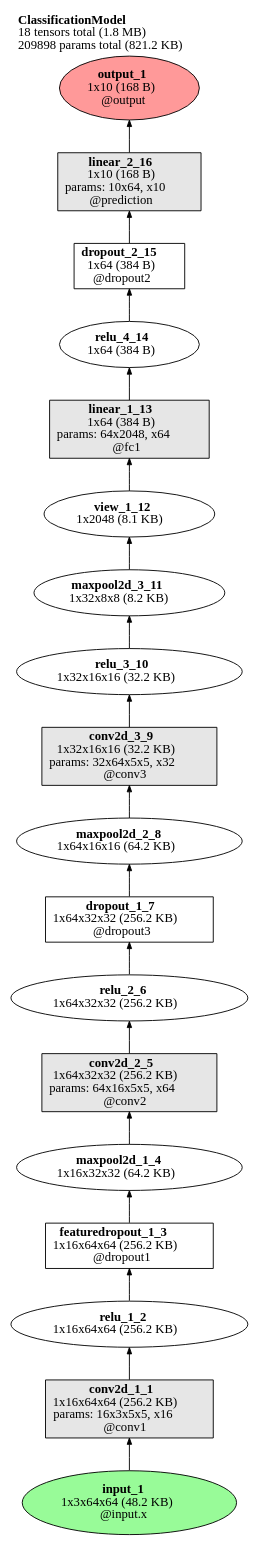
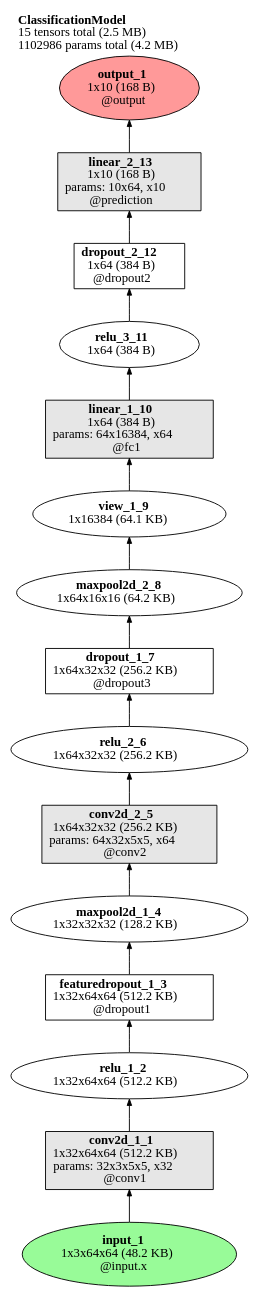
One commit to Cizako/Classification-Game changed the diagram in graph.gv. Above: the diagram before and after it, drawn with Graphviz. The commit also changed 5 other files, not shown here.

```diff
--- a/graph.gv
+++ b/graph.gv
@@ -1,68 +1,59 @@
 // Computational graph for the feedforward sweep
 digraph ClassificationModel {
-	graph [label=<<B>ClassificationModel</B><br align='left'/>18 tensors total (1.8 MB)<br align='left'/>209898 params total (821.2 KB)<br align='left'/>> labeljust=left labelloc=t ordering=out rankdir=BT]
+	graph [label=<<B>ClassificationModel</B><br align='left'/>15 tensors total (2.5 MB)<br align='left'/>1102986 params total (4.2 MB)<br align='left'/>> labeljust=left labelloc=t ordering=out rankdir=BT]
 	node [ordering=out]
 	input_1 [label=<<b>input_1</b><br/>1x3x64x64 (48.2 KB)<br/>@input.x> color=black fillcolor="#98FB98" fontcolor=black ordering=out shape=oval style="filled,solid"]
 	input_1 -> conv2d_1_1 [arrowsize=.7 color=black fontcolor=black labelfontsize=8 style=solid]
-	conv2d_1_1 [label=<<b>conv2d_1_1</b><br/>1x16x64x64 (256.2 KB)<br/>params: 16x3x5x5, x16<br/>@conv1> color=black fillcolor="#E6E6E6" fontcolor=black ordering=out shape=box style="filled,solid"]
+	conv2d_1_1 [label=<<b>conv2d_1_1</b><br/>1x32x64x64 (512.2 KB)<br/>params: 32x3x5x5, x32<br/>@conv1> color=black fillcolor="#E6E6E6" fontcolor=black ordering=out shape=box style="filled,solid"]
 	conv2d_1_1 -> relu_1_2 [arrowsize=.7 color=black fontcolor=black labelfontsize=8 style=solid]
-	relu_1_2 [label=<<b>relu_1_2</b><br/>1x16x64x64 (256.2 KB)> color=black fillcolor=white fontcolor=black ordering=out shape=oval style="filled,solid"]
+	relu_1_2 [label=<<b>relu_1_2</b><br/>1x32x64x64 (512.2 KB)> color=black fillcolor=white fontcolor=black ordering=out shape=oval style="filled,solid"]
 	relu_1_2 -> featuredropout_1_3 [arrowsize=.7 color=black fontcolor=black labelfontsize=8 style=solid]
-	featuredropout_1_3 [label=<<b>featuredropout_1_3</b><br/>1x16x64x64 (256.2 KB)<br/>@dropout1> color=black fillcolor=white fontcolor=black ordering=out shape=box style="filled,solid"]
+	featuredropout_1_3 [label=<<b>featuredropout_1_3</b><br/>1x32x64x64 (512.2 KB)<br/>@dropout1> color=black fillcolor=white fontcolor=black ordering=out shape=box style="filled,solid"]
 	featuredropout_1_3 -> maxpool2d_1_4 [arrowsize=.7 color=black fontcolor=black labelfontsize=8 style=solid]
-	maxpool2d_1_4 [label=<<b>maxpool2d_1_4</b><br/>1x16x32x32 (64.2 KB)> color=black fillcolor=white fontcolor=black ordering=out shape=oval style="filled,solid"]
+	maxpool2d_1_4 [label=<<b>maxpool2d_1_4</b><br/>1x32x32x32 (128.2 KB)> color=black fillcolor=white fontcolor=black ordering=out shape=oval style="filled,solid"]
 	maxpool2d_1_4 -> conv2d_2_5 [arrowsize=.7 color=black fontcolor=black labelfontsize=8 style=solid]
-	conv2d_2_5 [label=<<b>conv2d_2_5</b><br/>1x64x32x32 (256.2 KB)<br/>params: 64x16x5x5, x64<br/>@conv2> color=black fillcolor="#E6E6E6" fontcolor=black ordering=out shape=box style="filled,solid"]
+	conv2d_2_5 [label=<<b>conv2d_2_5</b><br/>1x64x32x32 (256.2 KB)<br/>params: 64x32x5x5, x64<br/>@conv2> color=black fillcolor="#E6E6E6" fontcolor=black ordering=out shape=box style="filled,solid"]
 	conv2d_2_5 -> relu_2_6 [arrowsize=.7 color=black fontcolor=black labelfontsize=8 style=solid]
 	relu_2_6 [label=<<b>relu_2_6</b><br/>1x64x32x32 (256.2 KB)> color=black fillcolor=white fontcolor=black ordering=out shape=oval style="filled,solid"]
 	relu_2_6 -> dropout_1_7 [arrowsize=.7 color=black fontcolor=black labelfontsize=8 style=solid]
 	dropout_1_7 [label=<<b>dropout_1_7</b><br/>1x64x32x32 (256.2 KB)<br/>@dropout3> color=black fillcolor=white fontcolor=black ordering=out shape=box style="filled,solid"]
 	dropout_1_7 -> maxpool2d_2_8 [arrowsize=.7 color=black fontcolor=black labelfontsize=8 style=solid]
 	maxpool2d_2_8 [label=<<b>maxpool2d_2_8</b><br/>1x64x16x16 (64.2 KB)> color=black fillcolor=white fontcolor=black ordering=out shape=oval style="filled,solid"]
-	maxpool2d_2_8 -> conv2d_3_9 [arrowsize=.7 color=black fontcolor=black labelfontsize=8 style=solid]
-	conv2d_3_9 [label=<<b>conv2d_3_9</b><br/>1x32x16x16 (32.2 KB)<br/>params: 32x64x5x5, x32<br/>@conv3> color=black fillcolor="#E6E6E6" fontcolor=black ordering=out shape=box style="filled,solid"]
-	conv2d_3_9 -> relu_3_10 [arrowsize=.7 color=black fontcolor=black labelfontsize=8 style=solid]
-	relu_3_10 [label=<<b>relu_3_10</b><br/>1x32x16x16 (32.2 KB)> color=black fillcolor=white fontcolor=black ordering=out shape=oval style="filled,solid"]
-	relu_3_10 -> maxpool2d_3_11 [arrowsize=.7 color=black fontcolor=black labelfontsize=8 style=solid]
-	maxpool2d_3_11 [label=<<b>maxpool2d_3_11</b><br/>1x32x8x8 (8.2 KB)> color=black fillcolor=white fontcolor=black ordering=out shape=oval style="filled,solid"]
-	maxpool2d_3_11 -> view_1_12 [arrowsize=.7 color=black fontcolor=black labelfontsize=8 style=solid]
-	view_1_12 [label=<<b>view_1_12</b><br/>1x2048 (8.1 KB)> color=black fillcolor=white fontcolor=black ordering=out shape=oval style="filled,solid"]
-	view_1_12 -> linear_1_13 [arrowsize=.7 color=black fontcolor=black labelfontsize=8 style=solid]
-	linear_1_13 [label=<<b>linear_1_13</b><br/>1x64 (384 B)<br/>params: 64x2048, x64<br/>@fc1> color=black fillcolor="#E6E6E6" fontcolor=black ordering=out shape=box style="filled,solid"]
-	linear_1_13 -> relu_4_14 [arrowsize=.7 color=black fontcolor=black labelfontsize=8 style=solid]
-	relu_4_14 [label=<<b>relu_4_14</b><br/>1x64 (384 B)> color=black fillcolor=white fontcolor=black ordering=out shape=oval style="filled,solid"]
-	relu_4_14 -> dropout_2_15 [arrowsize=.7 color=black fontcolor=black labelfontsize=8 style=solid]
-	dropout_2_15 [label=<<b>dropout_2_15</b><br/>1x64 (384 B)<br/>@dropout2> color=black fillcolor=white fontcolor=black ordering=out shape=box style="filled,solid"]
-	dropout_2_15 -> linear_2_16 [arrowsize=.7 color=black fontcolor=black labelfontsize=8 style=solid]
-	linear_2_16 [label=<<b>linear_2_16</b><br/>1x10 (168 B)<br/>params: 10x64, x10<br/>@prediction> color=black fillcolor="#E6E6E6" fontcolor=black ordering=out shape=box style="filled,solid"]
-	linear_2_16 -> output_1 [arrowsize=.7 color=black fontcolor=black labelfontsize=8 style=solid]
+	maxpool2d_2_8 -> view_1_9 [arrowsize=.7 color=black fontcolor=black labelfontsize=8 style=solid]
+	view_1_9 [label=<<b>view_1_9</b><br/>1x16384 (64.1 KB)> color=black fillcolor=white fontcolor=black ordering=out shape=oval style="filled,solid"]
+	view_1_9 -> linear_1_10 [arrowsize=.7 color=black fontcolor=black labelfontsize=8 style=solid]
+	linear_1_10 [label=<<b>linear_1_10</b><br/>1x64 (384 B)<br/>params: 64x16384, x64<br/>@fc1> color=black fillcolor="#E6E6E6" fontcolor=black ordering=out shape=box style="filled,solid"]
+	linear_1_10 -> relu_3_11 [arrowsize=.7 color=black fontcolor=black labelfontsize=8 style=solid]
+	relu_3_11 [label=<<b>relu_3_11</b><br/>1x64 (384 B)> color=black fillcolor=white fontcolor=black ordering=out shape=oval style="filled,solid"]
+	relu_3_11 -> dropout_2_12 [arrowsize=.7 color=black fontcolor=black labelfontsize=8 style=solid]
+	dropout_2_12 [label=<<b>dropout_2_12</b><br/>1x64 (384 B)<br/>@dropout2> color=black fillcolor=white fontcolor=black ordering=out shape=box style="filled,solid"]
+	dropout_2_12 -> linear_2_13 [arrowsize=.7 color=black fontcolor=black labelfontsize=8 style=solid]
+	linear_2_13 [label=<<b>linear_2_13</b><br/>1x10 (168 B)<br/>params: 10x64, x10<br/>@prediction> color=black fillcolor="#E6E6E6" fontcolor=black ordering=out shape=box style="filled,solid"]
+	linear_2_13 -> output_1 [arrowsize=.7 color=black fontcolor=black labelfontsize=8 style=solid]
 	output_1 [label=<<b>output_1</b><br/>1x10 (168 B)<br/>@output> color=black fillcolor="#ff9999" fontcolor=black ordering=out shape=oval style="filled,solid"]
 	{
 		rank=sink
 		output_1
 	}
 	subgraph cluster_conv1_pass1 {
 		fillcolor=white label=<<B>@conv1</B><br align='left'/>(Conv2d)<br align='left'/>> labelloc=b penwidth=5.0 style="filled,dashed"
 	}
 	subgraph cluster_dropout1_pass1 {
 		fillcolor=white label=<<B>@dropout1</B><br align='left'/>(Dropout2d)<br align='left'/>> labelloc=b penwidth=5.0 style="filled,dashed"
 	}
 	subgraph cluster_conv2_pass1 {
 		fillcolor=white label=<<B>@conv2</B><br align='left'/>(Conv2d)<br align='left'/>> labelloc=b penwidth=5.0 style="filled,dashed"
 	}
 	subgraph cluster_dropout3_pass1 {
 		fillcolor=white label=<<B>@dropout3</B><br align='left'/>(Dropout)<br align='left'/>> labelloc=b penwidth=5.0 style="filled,dashed"
 	}
-	subgraph cluster_conv3_pass1 {
-		fillcolor=white label=<<B>@conv3</B><br align='left'/>(Conv2d)<br align='left'/>> labelloc=b penwidth=5.0 style="filled,dashed"
-	}
 	subgraph cluster_fc1_pass1 {
 		fillcolor=white label=<<B>@fc1</B><br align='left'/>(Linear)<br align='left'/>> labelloc=b penwidth=5.0 style="filled,dashed"
 	}
 	subgraph cluster_dropout2_pass1 {
 		fillcolor=white label=<<B>@dropout2</B><br align='left'/>(Dropout)<br align='left'/>> labelloc=b penwidth=5.0 style="filled,dashed"
 	}
 	subgraph cluster_prediction_pass1 {
 		fillcolor=white label=<<B>@prediction</B><br align='left'/>(Linear)<br align='left'/>> labelloc=b penwidth=5.0 style="filled,dashed"
 	}
 }
```
